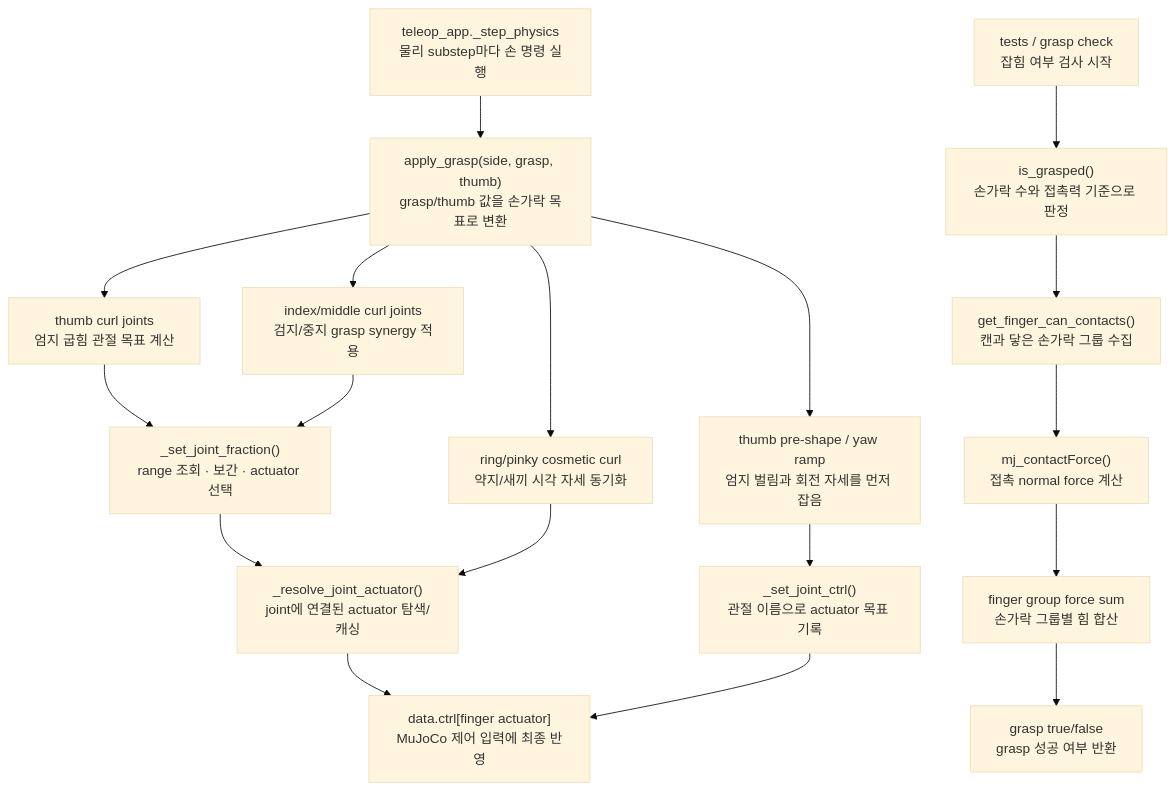
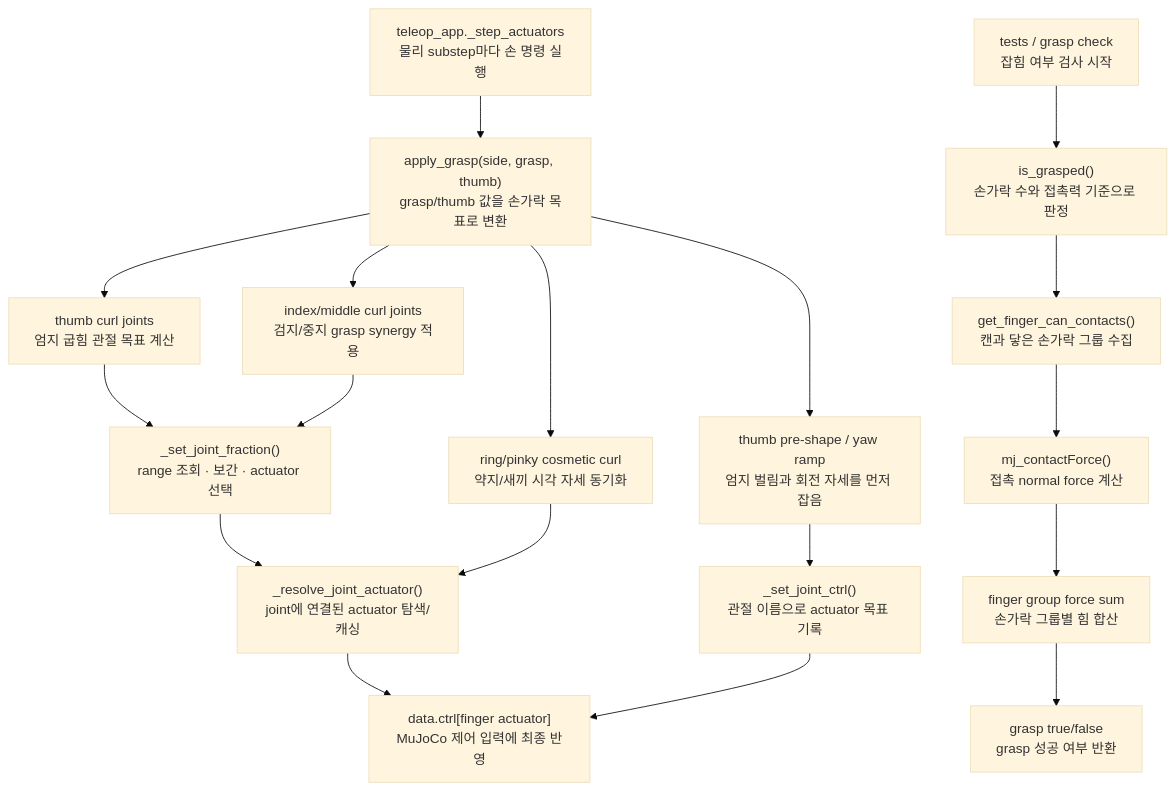
One commit to ggh-png/ffw-sh5-grasp changed the second of 2 diagrams in docs/guide/grasp.md. Above: the diagram before and after it, drawn with Mermaid (base theme). The commit also changed other lines of this file and 9 other files, not shown here.

````diff
--- a/docs/guide/grasp.md
+++ b/docs/guide/grasp.md
@@ -71,21 +85,21 @@
 ```mermaid
 flowchart TD
-    A["teleop_app._step_physics<br>물리 substep마다 손 명령 실행"] --> B["apply_grasp(side, grasp, thumb)<br>grasp/thumb 값을 손가락 목표로 변환"]
+    A["teleop_app._step_actuators<br>물리 substep마다 손 명령 실행"] --> B["apply_grasp(side, grasp, thumb)<br>grasp/thumb 값을 손가락 목표로 변환"]
     B --> C["thumb pre-shape / yaw ramp<br>엄지 벌림과 회전 자세를 먼저 잡음"]
     B --> D["thumb curl joints<br>엄지 굽힘 관절 목표 계산"]
     B --> E["index/middle curl joints<br>검지/중지 grasp synergy 적용"]
     B --> F["ring/pinky cosmetic curl<br>약지/새끼 시각 자세 동기화"]
     C --> G["_set_joint_ctrl()<br>관절 이름으로 actuator 목표 기록"]
     D --> H2["_set_joint_fraction()<br>range 조회 · 보간 · actuator 선택"]
     E --> H2
     H2 --> H
     F --> H["_resolve_joint_actuator()<br>joint에 연결된 actuator 탐색/캐싱"]
     H --> I["data.ctrl[finger actuator]<br>MuJoCo 제어 입력에 최종 반영"]
     G --> I
 
     J["tests / grasp check<br>잡힘 여부 검사 시작"] --> K["is_grasped()<br>손가락 수와 접촉력 기준으로 판정"]
     K --> L["get_finger_can_contacts()<br>캔과 닿은 손가락 그룹 수집"]
     L --> M["mj_contactForce()<br>접촉 normal force 계산"]
     M --> N["finger group force sum<br>손가락 그룹별 힘 합산"]
     N --> O["grasp true/false<br>grasp 성공 여부 반환"]
 ```
````
